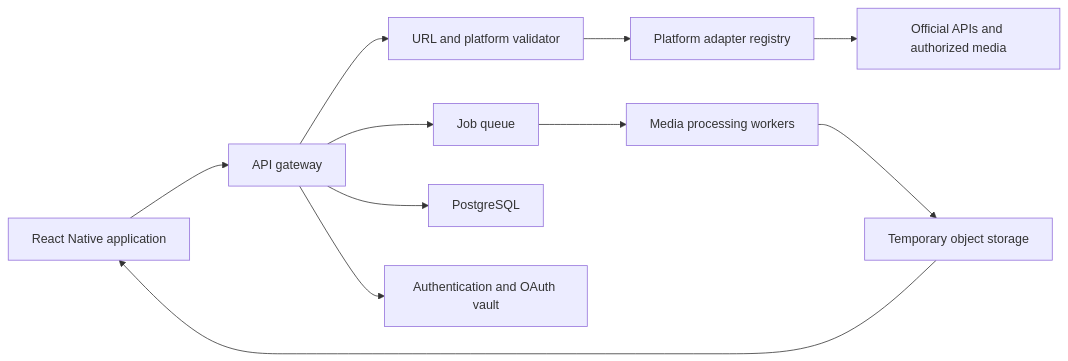
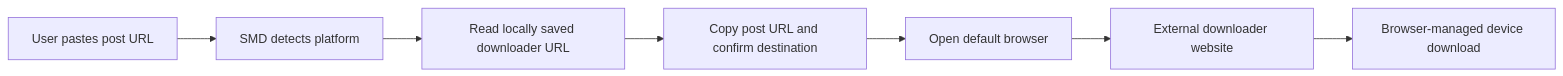
Before and after one commit to wllun/SMD-SocialMediaDownloader: the diagram in README.md, drawn with Mermaid. The commit also changed other lines of this file and 24 other files, not shown here.

````diff
--- a/README.md
+++ b/README.md
@@ -113,13 +46,9 @@
-```mermaid
+~~~mermaid
 flowchart LR
-    A["React Native application"] --> B["API gateway"]
-    B --> C["URL and platform validator"]
-    C --> D["Platform adapter registry"]
-    D --> E["Official APIs and authorized media"]
-    B --> F["Job queue"]
-    F --> G["Media processing workers"]
-    G --> H["Temporary object storage"]
-    H --> A
-    B --> I["PostgreSQL"]
-    B --> J["Authentication and OAuth vault"]
-```
+    U["User pastes post URL"] --> A["SMD detects platform"]
+    A --> S["Read locally saved downloader URL"]
+    S --> C["Copy post URL and confirm destination"]
+    C --> B["Open default browser"]
+    B --> W["External downloader website"]
+    W --> D["Browser-managed device download"]
+~~~
````
